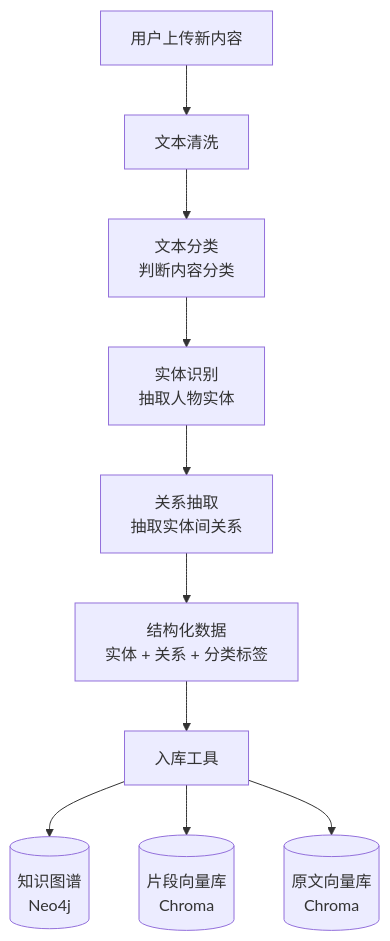
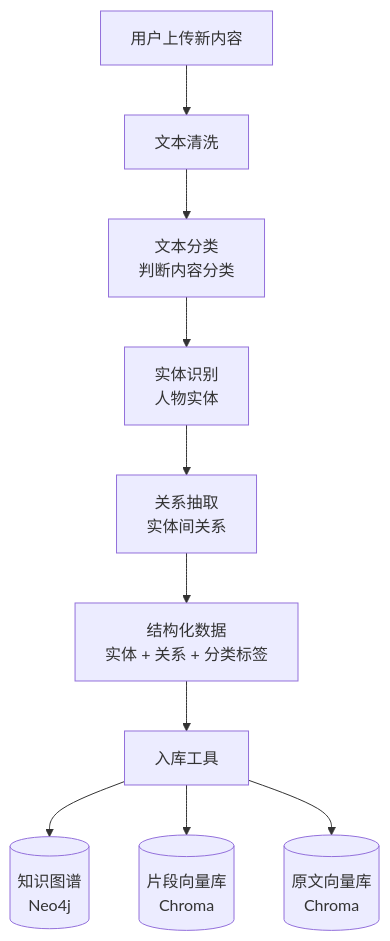
One commit to TravelDaivd/novelAgent changed the first of 4 diagrams in README.md. Above: the diagram before and after it, drawn with Mermaid. The commit also changed other lines of this file, not shown here.

````diff
--- a/README.md
+++ b/README.md
@@ -56,12 +56,12 @@
 ```mermaid
 flowchart TD
     Upload[用户上传新内容] --> Clean[文本清洗]
     Clean --> Classify[文本分类<br>判断内容分类]
-    Classify --> NER[实体识别<br>抽取人物实体]
-    NER --> RE[关系抽取<br>抽取实体间关系]
+    Classify --> NER[实体识别<br>人物实体]
+    NER --> RE[关系抽取<br>实体间关系]
     RE --> Struct[结构化数据<br>实体 + 关系 + 分类标签]
     Struct --> Tools[入库工具]
     Tools --> Neo4j[(知识图谱<br>Neo4j)]
     Tools --> Chroma1[(片段向量库<br>Chroma)]
     Tools --> Chroma2[(原文向量库<br>Chroma)]
 ```
````
